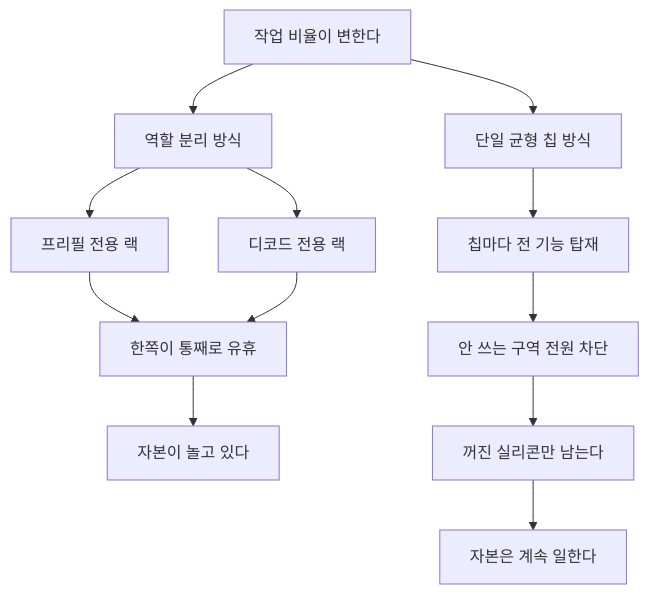
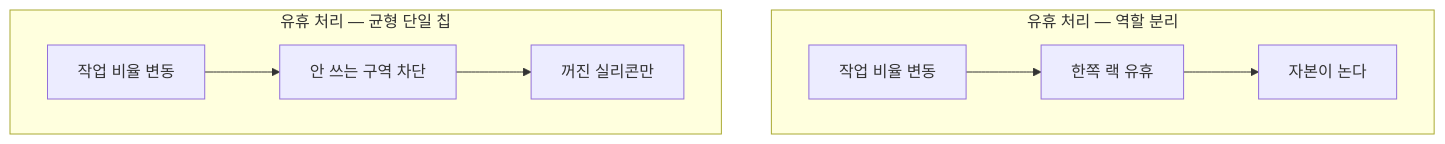
One commit to yohan4477/semi-report changed the fourth of 7 diagrams in insights/frames/exp/2026-08-27-openai-jalapeno-strategy-opus.md. Above: the diagram before and after it, drawn with Mermaid. The commit also changed other lines of this file and 1 other file, not shown here.

````diff
--- a/insights/frames/exp/2026-08-27-openai-jalapeno-strategy-opus.md
+++ b/insights/frames/exp/2026-08-27-openai-jalapeno-strategy-opus.md
@@ -146,14 +136,11 @@
 ```mermaid
 flowchart TD
-    A["작업 비율이 변한다"] --> B["역할 분리 방식"]
-    A --> C["단일 균형 칩 방식"]
-    B --> D["프리필 전용 랙"]
-    B --> E["디코드 전용 랙"]
-    D --> F["한쪽이 통째로 유휴"]
-    E --> F
-    F --> G["자본이 놀고 있다"]
-    C --> H["칩마다 전 기능 탑재"]
-    H --> I["안 쓰는 구역 전원 차단"]
-    I --> J["꺼진 실리콘만 남는다"]
-    J --> K["자본은 계속 일한다"]
+    subgraph R["유휴 처리 — 역할 분리"]
+        R1["작업 비율 변동"] --> R2["한쪽 랙 유휴"]
+        R2 --> R3["자본이 논다"]
+    end
+    subgraph B["유휴 처리 — 균형 단일 칩"]
+        B1["작업 비율 변동"] --> B2["안 쓰는 구역 차단"]
+        B2 --> B3["꺼진 실리콘만"]
+    end
 ```
````
